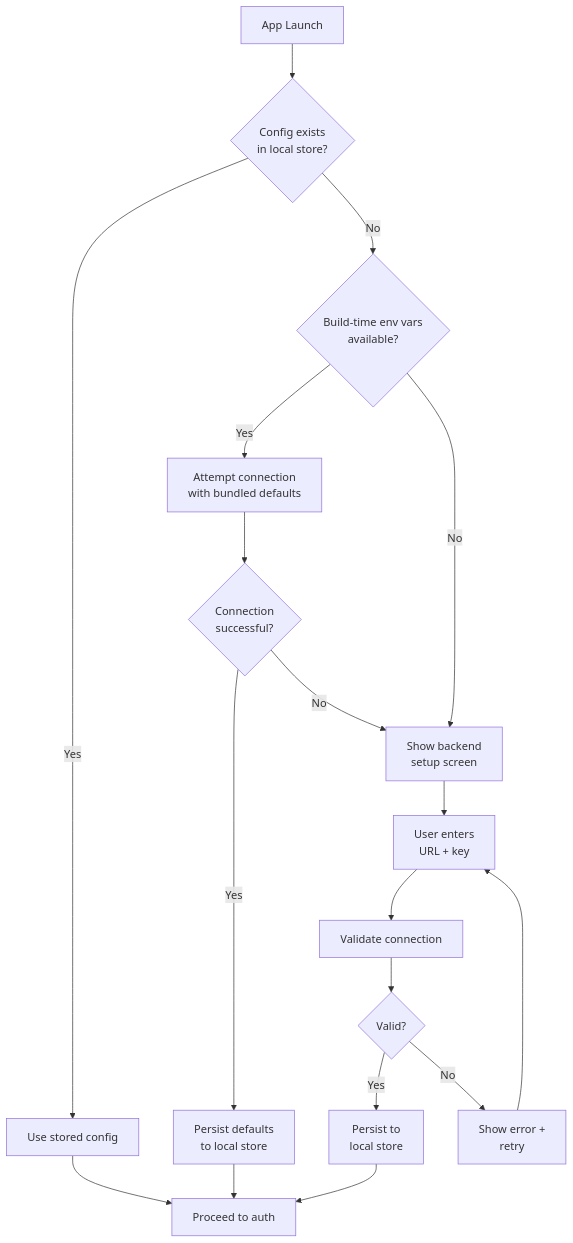
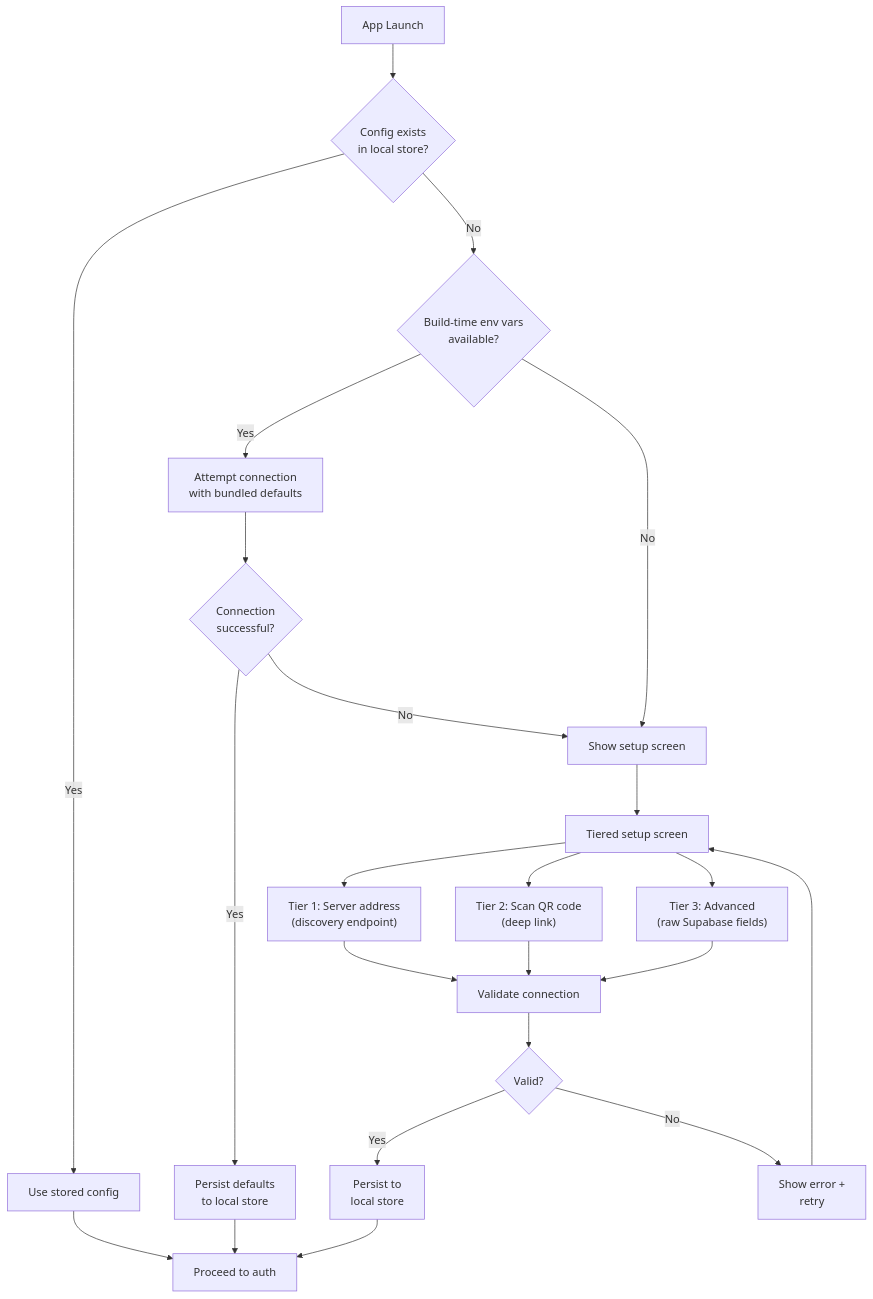
One commit to rghsoftware/ardent-forge changed the fourth of 6 diagrams in docs/03-prd-hosting.md. Above: the diagram before and after it, drawn with Mermaid. The commit also changed other lines of this file, not shown here.

````diff
--- a/docs/03-prd-hosting.md
+++ b/docs/03-prd-hosting.md
@@ -92,29 +218,37 @@
 ```mermaid
 flowchart TB
     Launch["App Launch"]
     
     Launch --> CheckConfig{"Config exists<br/>in local store?"}
     
     CheckConfig -->|Yes| UseStored["Use stored config"]
     CheckConfig -->|No| CheckEnv{"Build-time env vars<br/>available?"}
     
     CheckEnv -->|Yes| TryDefaults["Attempt connection<br/>with bundled defaults"]
-    CheckEnv -->|No| ShowSetup["Show backend<br/>setup screen"]
+    CheckEnv -->|No| ShowSetup["Show setup screen"]
     
     TryDefaults --> DefaultsWork{"Connection<br/>successful?"}
     
     DefaultsWork -->|Yes| PersistDefaults["Persist defaults<br/>to local store"]
     DefaultsWork -->|No| ShowSetup
     
     PersistDefaults --> AuthFlow["Proceed to auth"]
     UseStored --> AuthFlow
-    ShowSetup --> UserEnters["User enters<br/>URL + key"]
-    UserEnters --> Validate["Validate connection"]
+    
+    ShowSetup --> Tiered["Tiered setup screen"]
+    
+    Tiered --> T1["Tier 1: Server address<br/>(discovery endpoint)"]
+    Tiered --> T2["Tier 2: Scan QR code<br/>(deep link)"]
+    Tiered --> T3["Tier 3: Advanced<br/>(raw Supabase fields)"]
+    
+    T1 --> Validate["Validate connection"]
+    T2 --> Validate
+    T3 --> Validate
     
     Validate --> Valid{"Valid?"}
     Valid -->|Yes| PersistCustom["Persist to<br/>local store"]
     Valid -->|No| ShowError["Show error +<br/>retry"]
     
-    ShowError --> UserEnters
+    ShowError --> Tiered
     PersistCustom --> AuthFlow
 ```
````
